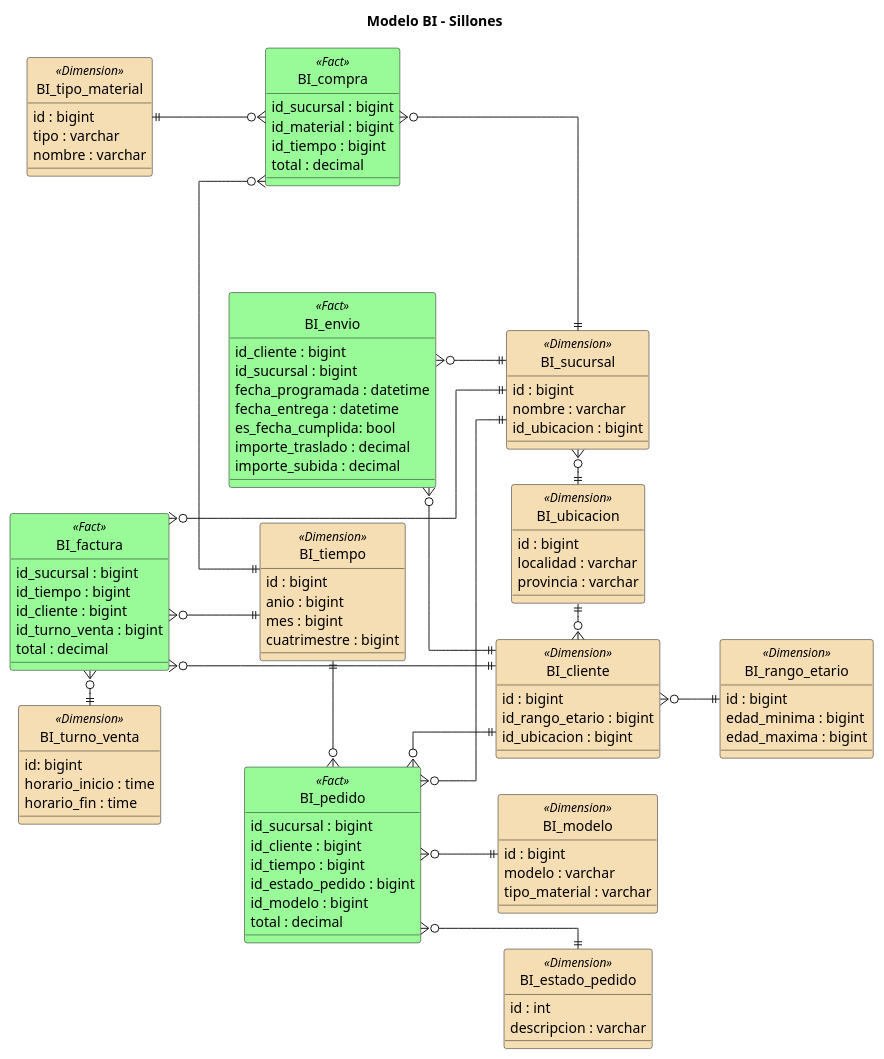
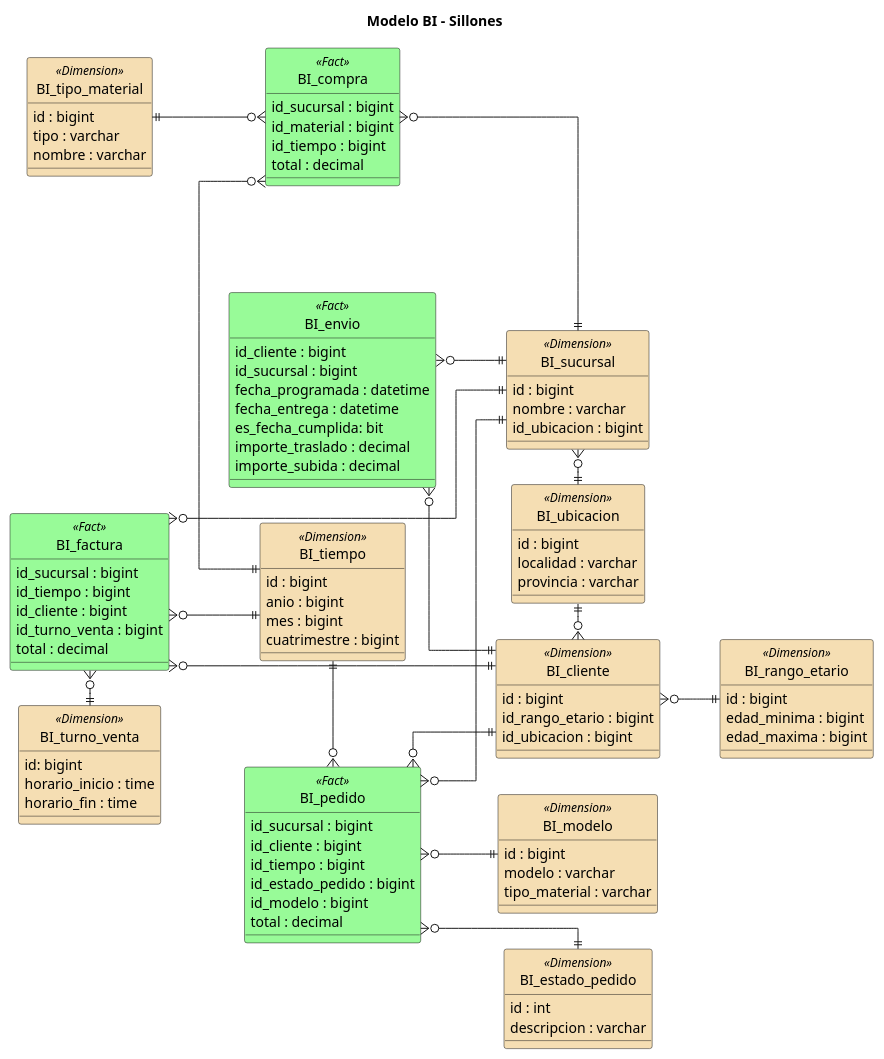
Before and after one commit to andrycarrasco/rejunte-sa-91: the diagram in der/bi_der.puml, drawn with PlantUML. The commit also changed 1 other file, not shown here.

```diff
--- a/der/bi_der.puml
+++ b/der/bi_der.puml
@@ -1,141 +1,141 @@
 @startuml Modelo BI - Sillones
 skinparam linetype ortho
 hide circle
 skinparam shadowing false
 title Modelo BI - Sillones
 left to right direction
 
 skinparam class {
   BackgroundColor<<Fact>> PaleGreen
   BackgroundColor<<Dimension>> Wheat
 }
 
 ' Hechos
 entity BI_factura <<Fact>> {
     id_sucursal : bigint
     id_tiempo : bigint
     id_cliente : bigint
 '    id_envio : bigint
     id_turno_venta : bigint
     total : decimal
 }
 entity BI_pedido <<Fact>> {
     id_sucursal : bigint
     id_cliente : bigint
     id_tiempo : bigint
     id_estado_pedido : bigint
     id_modelo : bigint
     total : decimal
 }
 
 entity BI_compra <<Fact>> {
     id_sucursal : bigint
     id_material : bigint
     id_tiempo : bigint
     total : decimal
 }
 
 'entity BI_factura_x_compra <<Fact>> {
 '    id_sucursal : bigint
 '    id_tiempo : bigint
 '    id_factura : bigint
 '    id_compra : bigint
 '}
 '
 'entity BI_pedido_x_factura <<Fact>> {
 '    id_factura : bigint
 '    id_pedido : bigint
 '    id_sucursal : bigint
 '    id_cliente : bigint
 '}
 
 entity BI_envio <<Fact>> {
     id_cliente : bigint
     id_sucursal : bigint
     fecha_programada : datetime
     fecha_entrega : datetime
-    es_fecha_cumplida: bool
+    es_fecha_cumplida: bit
     importe_traslado : decimal
     importe_subida : decimal
 }
 
 ' Dimensiones
 entity BI_tiempo <<Dimension>> {
     id : bigint
     anio : bigint
     mes : bigint
     cuatrimestre : bigint
 }
 
 entity BI_ubicacion <<Dimension>> {
     id : bigint
     localidad : varchar
     provincia : varchar
 }
 
 entity BI_sucursal <<Dimension>> {
     id : bigint
     nombre : varchar
     id_ubicacion : bigint
 }
 
 entity BI_modelo <<Dimension>> {
     id : bigint
     modelo : varchar
     tipo_material : varchar
 }
 
 entity BI_rango_etario <<Dimension>> {
     id : bigint
     edad_minima : bigint
     edad_maxima : bigint
 }
 
 entity BI_turno_venta <<Dimension>> {
     id: bigint
     horario_inicio : time
     horario_fin : time
 }
 
 entity BI_estado_pedido <<Dimension>> {
     id : int
     descripcion : varchar
 }
 
 entity BI_tipo_material <<Dimension>> {
     id : bigint
     tipo : varchar
     nombre : varchar
 }
 
 entity BI_cliente <<Dimension>> {
     id : bigint
     id_rango_etario : bigint
     id_ubicacion : bigint
 }
 
 ' Relaciones
 BI_envio }o--|| BI_cliente
 BI_envio }o--|| BI_sucursal
 
 BI_factura }o--|| BI_sucursal
 BI_factura }o--|| BI_tiempo
 BI_factura }o--|| BI_cliente
 BI_factura }o-right-|| BI_turno_venta
 
 BI_pedido }o--|| BI_sucursal
 BI_pedido }o--|| BI_cliente
 BI_pedido }o-left-|| BI_tiempo
 BI_pedido }o--|| BI_estado_pedido
 BI_pedido }o--|| BI_modelo
 
 BI_compra }o-down-|| BI_sucursal
 BI_compra }o-up-|| BI_tipo_material
 BI_compra }o-right-|| BI_tiempo
 
 BI_cliente }o--|| BI_rango_etario
 
 BI_ubicacion ||-left-o{ BI_sucursal
 BI_ubicacion ||-right-o{ BI_cliente
 
 @enduml
```
